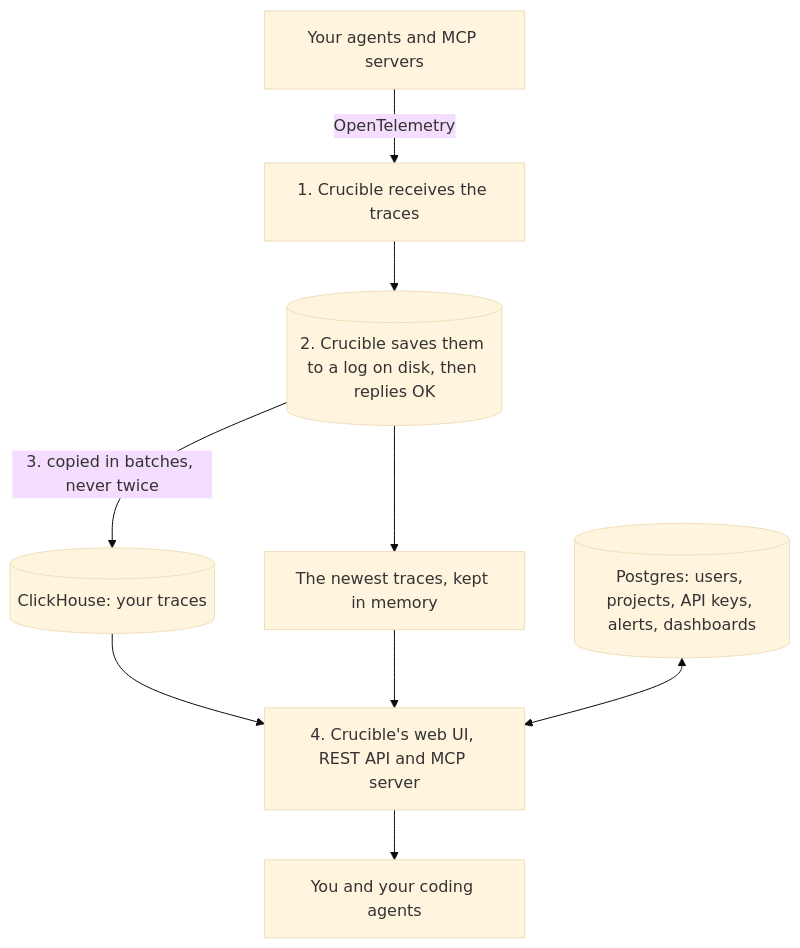
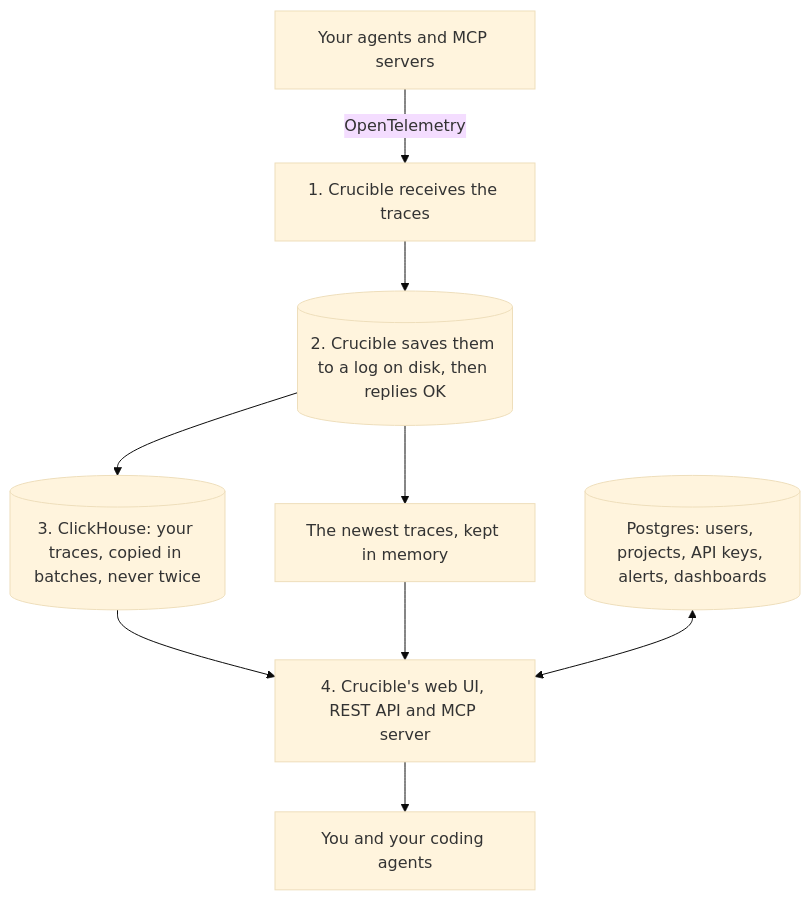
The diagram in README.md (elm-os/crucible), drawn with Mermaid (base theme) before and after one commit.

Commit message:
docs(readme): keep the three stores on one row of the diagram

````diff
--- a/README.md
+++ b/README.md
@@ -75,21 +75,21 @@
 ```mermaid
 flowchart TB
     apps["Your agents and MCP servers"]
     receive["1. Crucible receives the traces"]
     log[("2. Crucible saves them to a log on disk, then replies OK")]
-    clickhouse[("ClickHouse: your traces")]
+    clickhouse[("3. ClickHouse: your traces, copied in batches, never twice")]
     memory["The newest traces, kept in memory"]
     postgres[("Postgres: users, projects, API keys, alerts, dashboards")]
     read["4. Crucible's web UI, REST API and MCP server"]
     you["You and your coding agents"]
 
     apps -->|OpenTelemetry| receive
     receive --> log
-    log -->|"3. copied in batches, never twice"| clickhouse
+    log --> clickhouse
     log --> memory
     log ~~~ postgres
     clickhouse --> read
     memory --> read
     postgres <--> read
     read --> you
 ```
````
